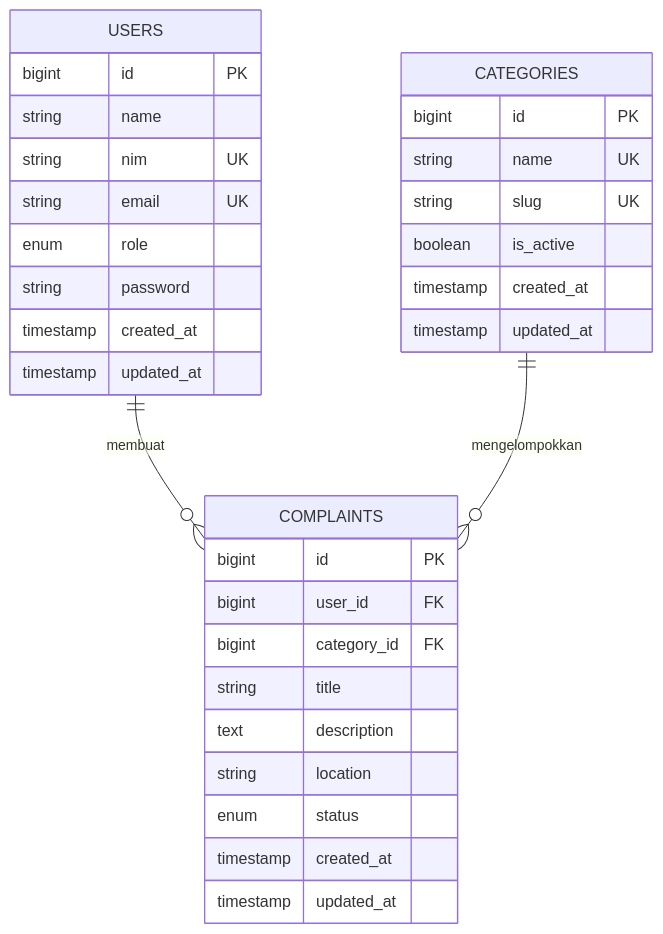
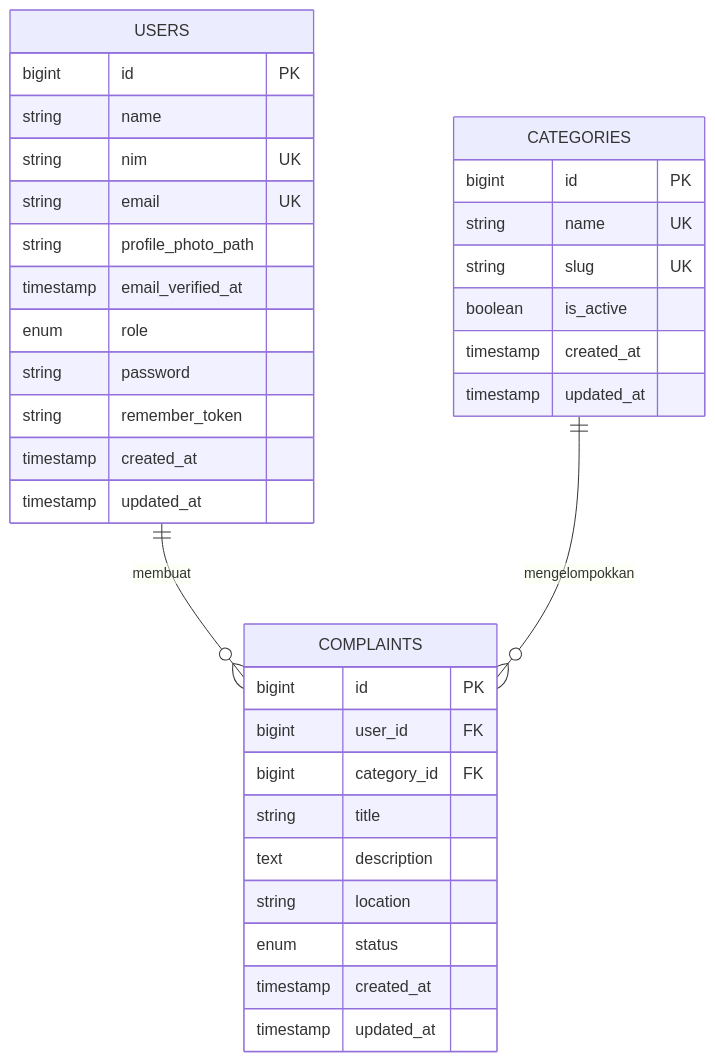
The diagram in docs/ERD.md (pascalalshipa-ztprog/Kelompok-3), drawn with Mermaid before and after one commit. The commit also changed other lines of this file and 5 other files, not shown here.

````diff
--- a/docs/ERD.md
+++ b/docs/ERD.md
@@ -5,37 +5,40 @@
 ```mermaid
 erDiagram
     USERS ||--o{ COMPLAINTS : membuat
     CATEGORIES ||--o{ COMPLAINTS : mengelompokkan
 
     USERS {
         bigint id PK
         string name
         string nim UK
         string email UK
+        string profile_photo_path
+        timestamp email_verified_at
         enum role
         string password
+        string remember_token
         timestamp created_at
         timestamp updated_at
     }
 
     CATEGORIES {
         bigint id PK
         string name UK
         string slug UK
         boolean is_active
         timestamp created_at
         timestamp updated_at
     }
 
     COMPLAINTS {
         bigint id PK
         bigint user_id FK
         bigint category_id FK
         string title
         text description
         string location
         enum status
         timestamp created_at
         timestamp updated_at
     }
 ```
````
